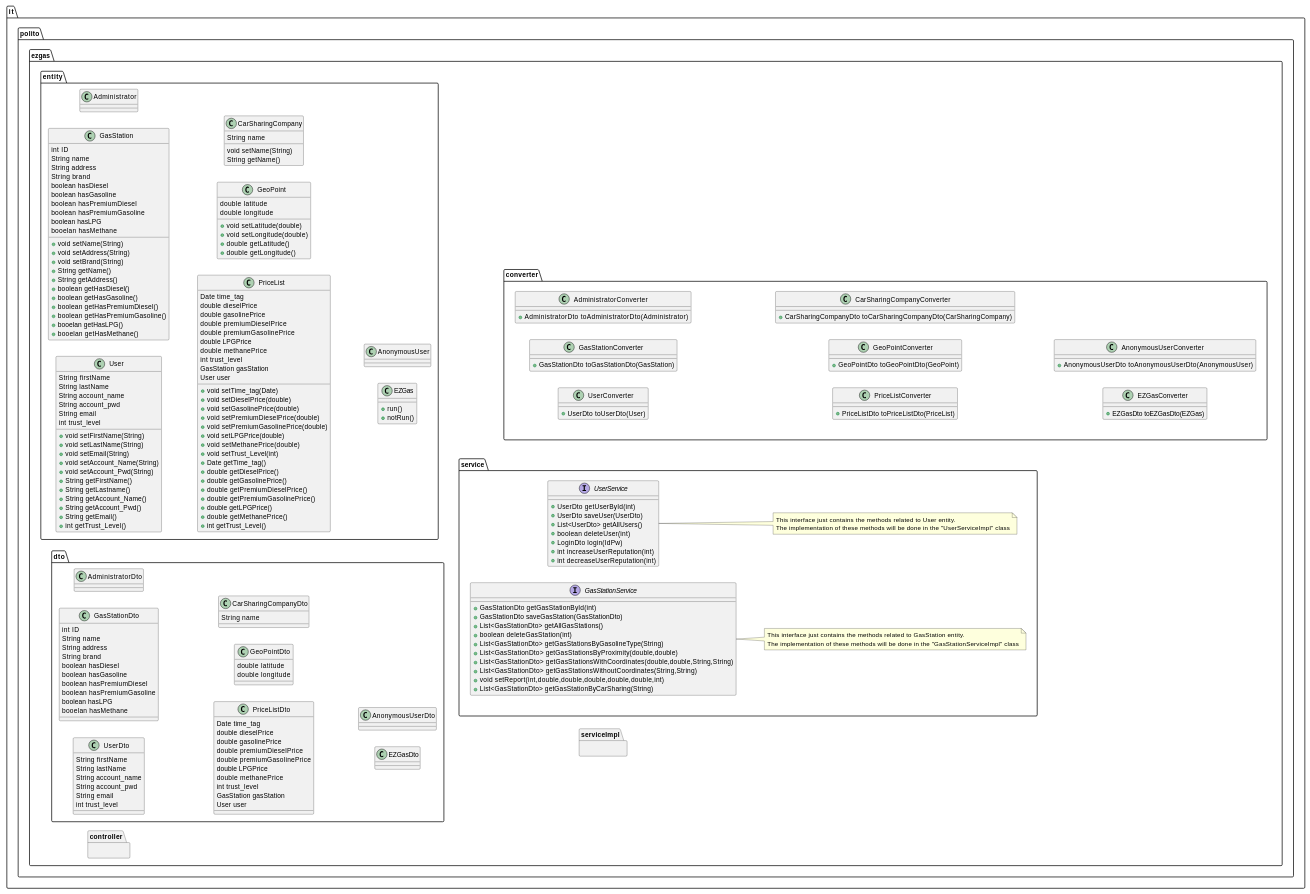
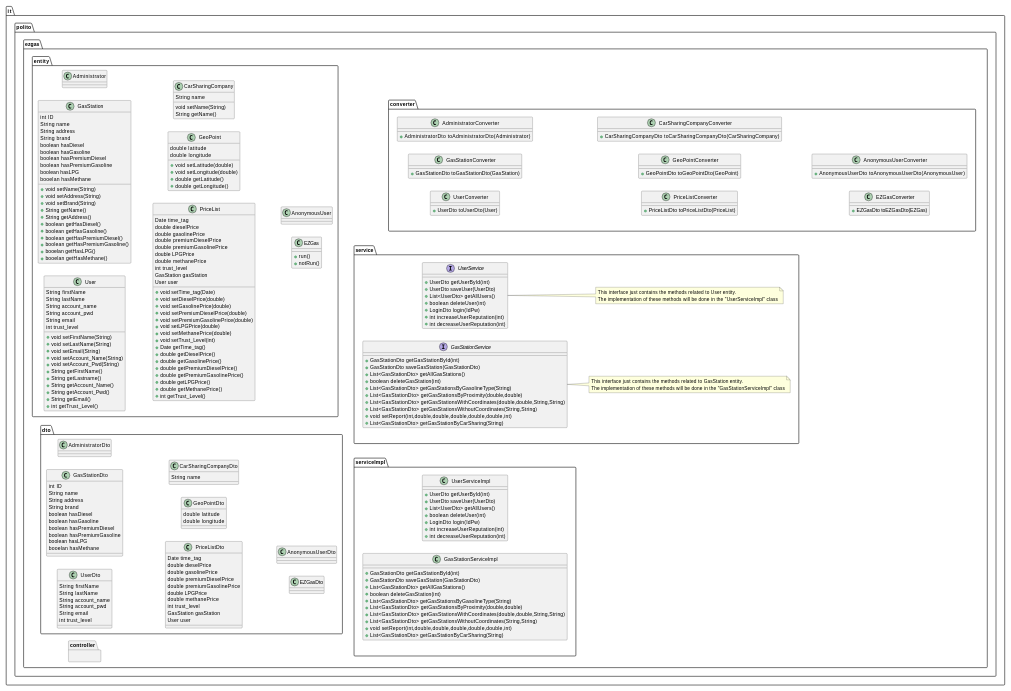
Before and after one commit to LucaOddoneSE/EZGas: the fourth of 4 diagrams in docs/DesignDocument.md, drawn with PlantUML.

Commit message:
docs:adding the classes that implement the Service package it.polito.ezgas.service

```diff
--- a/docs/DesignDocument.md
+++ b/docs/DesignDocument.md
@@ -228,7 +228,7 @@
 
 @startuml
 
-scale 0.8
+scale 8192*1158 
 left to right direction
 
 package "it.polito.ezgas.entity" {
@@ -410,6 +410,27 @@
 }
 
 package "it.polito.ezgas.serviceImpl" {
+   class UserServiceImpl {
+    +UserDto getUserById(int)
+    +UserDto saveUser(UserDto)
+    +List<UserDto> getAllUsers()
+    +boolean deleteUser(int)
+    +LoginDto login(IdPw)
+    +int increaseUserReputation(int)
+    +int decreaseUserReputation(int)
+  }
+  class GasStationServiceImpl {
+    +GasStationDto getGasStationById(int)
+    +GasStationDto saveGasStation(GasStationDto)
+    +List<GasStationDto> getAllGasStations()
+    +boolean deleteGasStation(int)
+    +List<GasStationDto> getGasStationsByGasolineType(String)
+    +List<GasStationDto> getGasStationsByProximity(double,double)
+    +List<GasStationDto> getGasStationsWithCoordinates(double,double,String,String)
+    +List<GasStationDto> getGasStationsWithoutCoordinates(String,String)
+    +void setReport(int,double,double,double,double,double,int)
+    +List<GasStationDto> getGasStationByCarSharing(String)
+  } 
 }
 
 package "it.polito.ezgas.converter" {
```
